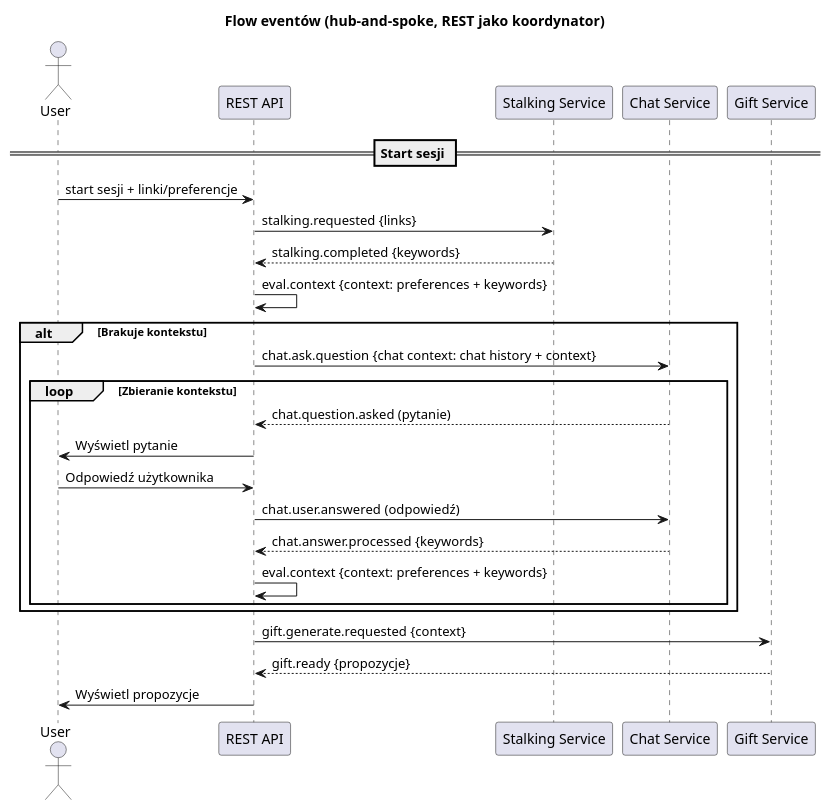
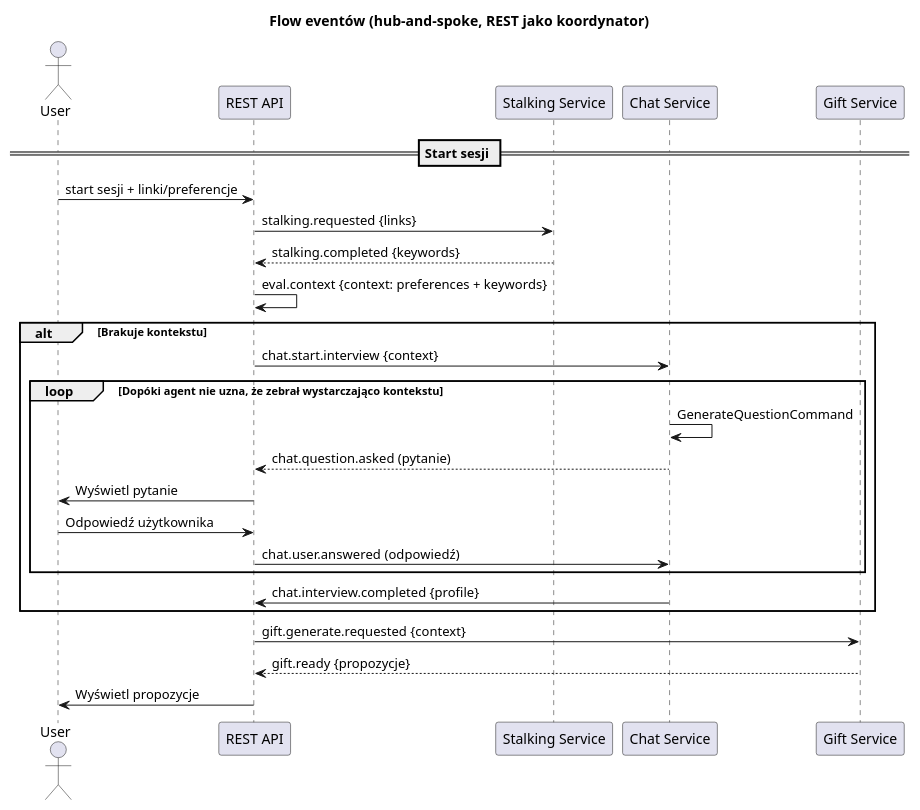
Before and after one commit to Generacja-Cuzi/ai-present-finder: the diagram in docs/sequence_diagram/diagram.puml, drawn with PlantUML. The commit also changed 56 other files, not shown here.

Commit message:
feat(chatbot): change event flow and integrate chat UI with it

```diff
--- a/docs/sequence_diagram/diagram.puml
+++ b/docs/sequence_diagram/diagram.puml
@@ -1,34 +1,34 @@
 @startuml sequence_diagram
 title Flow eventów (hub-and-spoke, REST jako koordynator)
 
 actor User as U
 participant "REST API" as REST
 participant "Stalking Service" as STALK
 participant "Chat Service" as CHAT
 participant "Gift Service" as GIFT
 
 == Start sesji ==
 U -> REST: start sesji + linki/preferencje
 REST -> STALK: stalking.requested {links}
 
 STALK --> REST: stalking.completed {keywords}
 
 REST -> REST: eval.context {context: preferences + keywords}
 
 alt Brakuje kontekstu
-  REST -> CHAT: chat.ask.question {chat context: chat history + context}
-  loop Zbieranie kontekstu
+  REST -> CHAT: chat.start.interview {context}
+  loop Dopóki agent nie uzna, że zebrał wystarczająco kontekstu
+    CHAT -> CHAT: GenerateQuestionCommand
     CHAT --> REST: chat.question.asked (pytanie)
     REST -> U: Wyświetl pytanie
     U -> REST: Odpowiedź użytkownika
     REST -> CHAT: chat.user.answered (odpowiedź)
-    CHAT --> REST: chat.answer.processed {keywords}
-    REST -> REST: eval.context {context: preferences + keywords}
   end
+  CHAT -> REST: chat.interview.completed {profile}
 end
 
 REST -> GIFT: gift.generate.requested {context}
 GIFT --> REST: gift.ready {propozycje}
 REST -> U: Wyświetl propozycje
 
 @enduml
```
